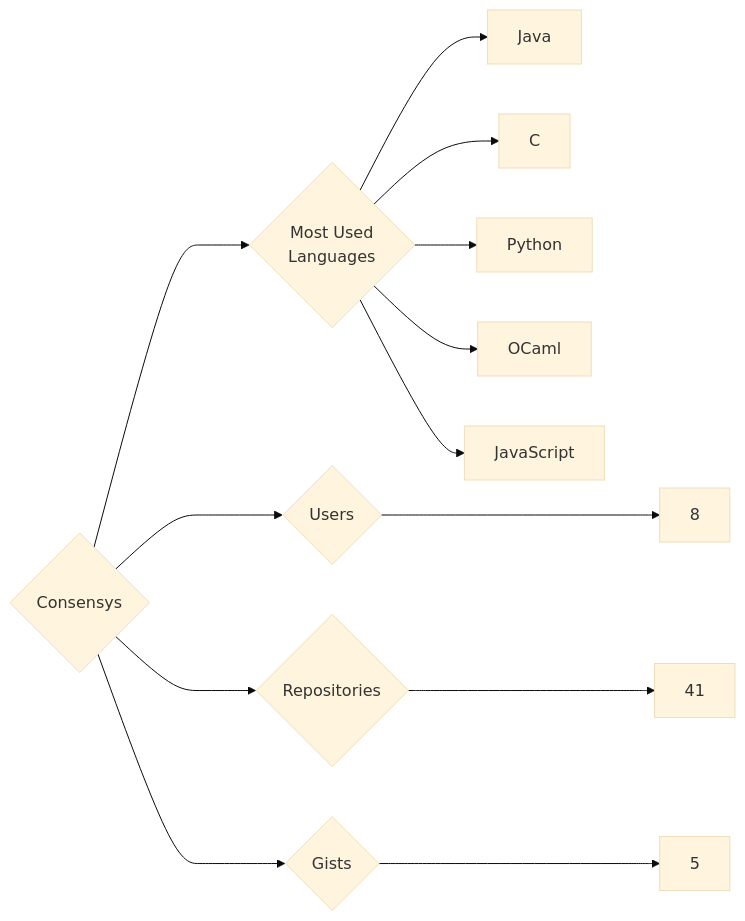
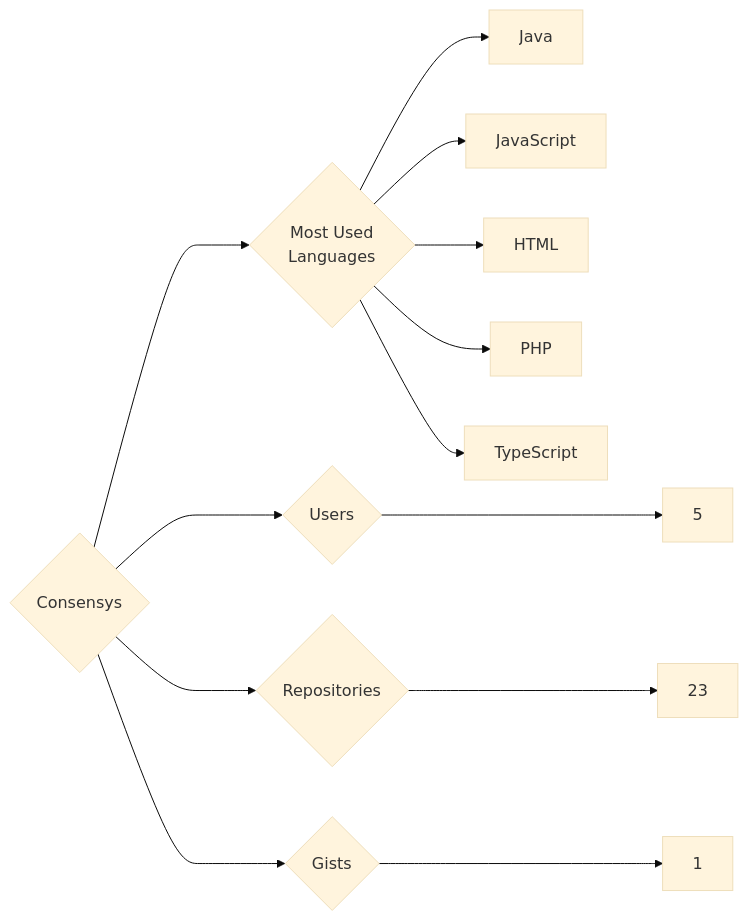
One commit to trickest/insiders changed the diagram in targets/Consensys/README.md. Above: the diagram before and after it, drawn with Mermaid (base theme). The commit also changed 1007 other files, not shown here.

````diff
--- a/targets/Consensys/README.md
+++ b/targets/Consensys/README.md
@@ -3,13 +3,13 @@
 ```mermaid
 graph LR
 COMPANY_NAME{Consensys}
-COMPANY_NAME ---> U{Users} ---> UN[8]
-COMPANY_NAME ---> R{Repositories} ---> RN[41]
-COMPANY_NAME ---> G{Gists} ---> GN[5]
+COMPANY_NAME ---> U{Users} ---> UN[5]
+COMPANY_NAME ---> R{Repositories} ---> RN[23]
+COMPANY_NAME ---> G{Gists} ---> GN[1]
 COMPANY_NAME ---> ML{Most Used<br>Languages}
 ML --> Java[Java]
-ML --> C[C]
-ML --> Python[Python]
-ML --> OCaml[OCaml]
 ML --> JavaScript[JavaScript]
+ML --> HTML[HTML]
+ML --> PHP[PHP]
+ML --> TypeScript[TypeScript]
 ```
````
